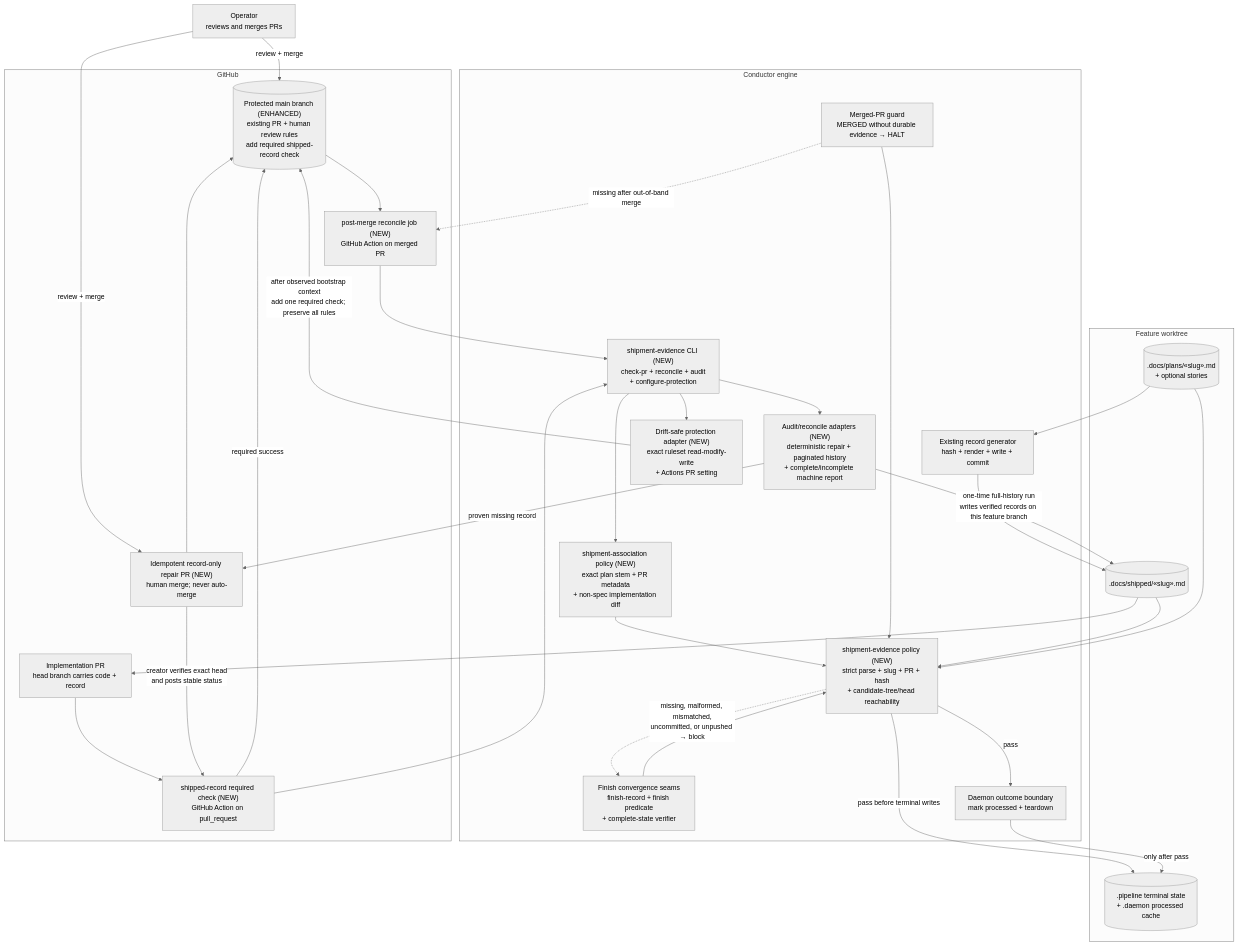
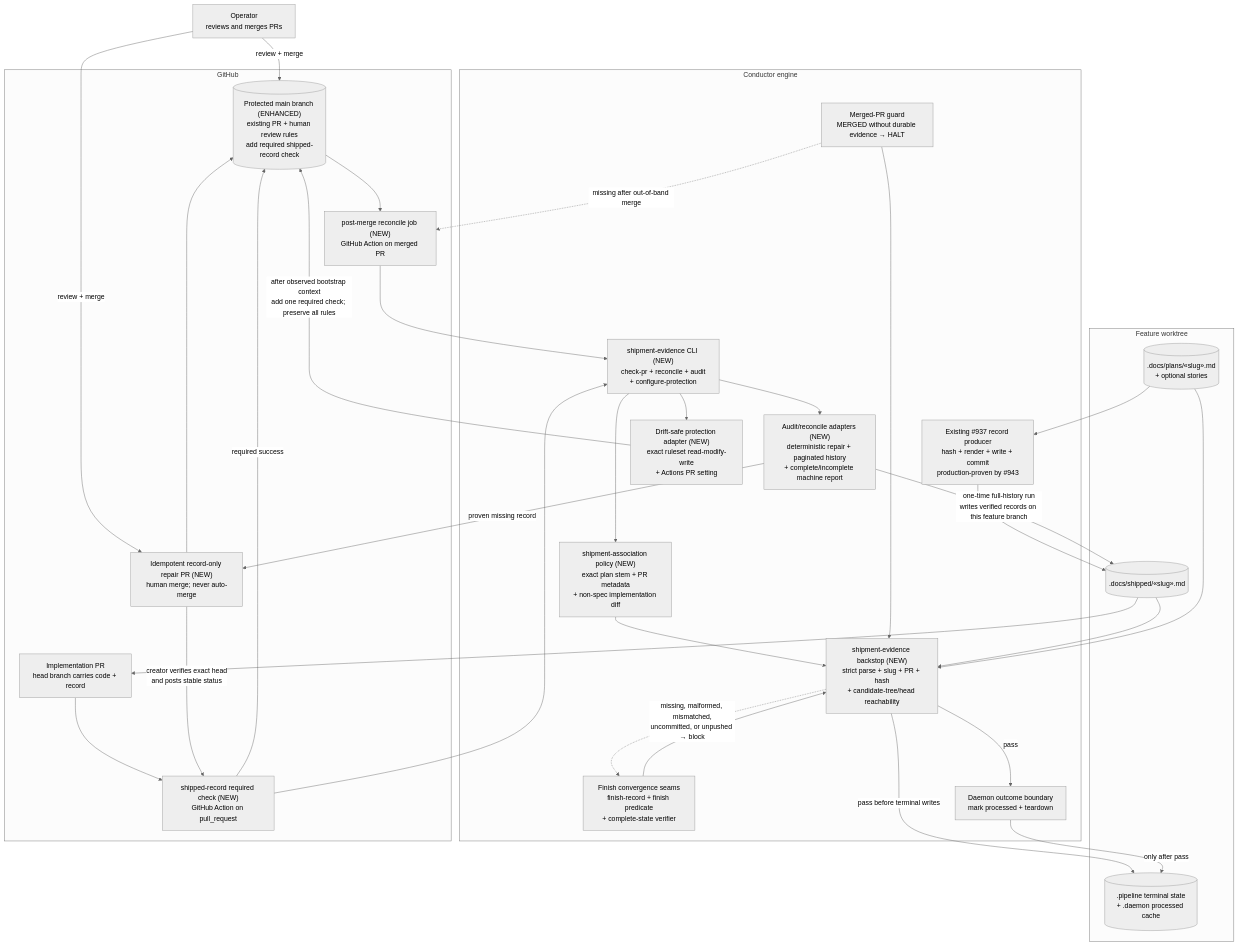
One commit to jstoup111/ai-conductor changed the diagram in .docs/architecture/durable-shipped-record-enforcement-and-backfill-916-936.md. Above: the diagram before and after it, drawn with Mermaid (neutral theme). The commit also changed other lines of this file and 8 other files, not shown here.

````diff
--- a/.docs/architecture/durable-shipped-record-enforcement-and-backfill-916-936.md
+++ b/.docs/architecture/durable-shipped-record-enforcement-and-backfill-916-936.md
@@ -10,61 +10,61 @@
 ```mermaid
 graph TD
   OP["Operator<br/>reviews and merges PRs"]
 
   subgraph WT["Feature worktree"]
     PLAN[(".docs/plans/«slug».md<br/>+ optional stories")]
     RECORD[(".docs/shipped/«slug».md")]
     LOCAL[(".pipeline terminal state<br/>+ .daemon processed cache")]
   end
 
   subgraph ENGINE["Conductor engine"]
-    GENERATE["Existing record generator<br/>hash + render + write + commit"]
-    VERIFY["shipment-evidence policy (NEW)<br/>strict parse + slug + PR + hash<br/>+ candidate-tree/head reachability"]
+    GENERATE["Existing #937 record producer<br/>hash + render + write + commit<br/>production-proven by #943"]
+    VERIFY["shipment-evidence backstop (NEW)<br/>strict parse + slug + PR + hash<br/>+ candidate-tree/head reachability"]
     ASSOC["shipment-association policy (NEW)<br/>exact plan stem + PR metadata<br/>+ non-spec implementation diff"]
     CLI["shipment-evidence CLI (NEW)<br/>check-pr + reconcile + audit<br/>+ configure-protection"]
     FINISH["Finish convergence seams<br/>finish-record + finish predicate<br/>+ complete-state verifier"]
     OUTCOME["Daemon outcome boundary<br/>mark processed + teardown"]
     MERGED["Merged-PR guard<br/>MERGED without durable evidence → HALT"]
     AUDIT["Audit/reconcile adapters (NEW)<br/>deterministic repair + paginated history<br/>+ complete/incomplete machine report"]
     PROTECT["Drift-safe protection adapter (NEW)<br/>exact ruleset read-modify-write<br/>+ Actions PR setting"]
   end
 
   subgraph GH["GitHub"]
     FEATUREPR["Implementation PR<br/>head branch carries code + record"]
     CHECK["shipped-record required check (NEW)<br/>GitHub Action on pull_request"]
     MAIN[("Protected main branch (ENHANCED)<br/>existing PR + human review rules<br/>add required shipped-record check")]
     RECON["post-merge reconcile job (NEW)<br/>GitHub Action on merged PR"]
     REPAIR["Idempotent record-only repair PR (NEW)<br/>human merge; never auto-merge"]
   end
 
   PLAN --> GENERATE
   GENERATE --> RECORD
   RECORD --> VERIFY
   PLAN --> VERIFY
   ASSOC --> VERIFY
   CLI --> ASSOC
   CLI --> AUDIT
   CLI --> PROTECT
   FINISH --> VERIFY
   VERIFY -->|"pass before terminal writes"| LOCAL
   VERIFY -->|"pass"| OUTCOME
   VERIFY -.->|"missing, malformed, mismatched,<br/>uncommitted, or unpushed → block"| FINISH
   OUTCOME -->|"only after pass"| LOCAL
   MERGED --> VERIFY
   MERGED -.->|"missing after out-of-band merge"| RECON
 
   RECORD --> FEATUREPR
   FEATUREPR --> CHECK
   CHECK --> CLI
   CHECK -->|"required success"| MAIN
   OP -->|"review + merge"| MAIN
   MAIN --> RECON
   RECON --> CLI
   AUDIT -->|"proven missing record"| REPAIR
   REPAIR -->|"creator verifies exact head<br/>and posts stable status"| CHECK
   OP -->|"review + merge"| REPAIR
   REPAIR --> MAIN
 
   AUDIT -->|"one-time full-history run<br/>writes verified records on this feature branch"| RECORD
   PROTECT -->|"after observed bootstrap context<br/>add one required check; preserve all rules"| MAIN
 ```
````
